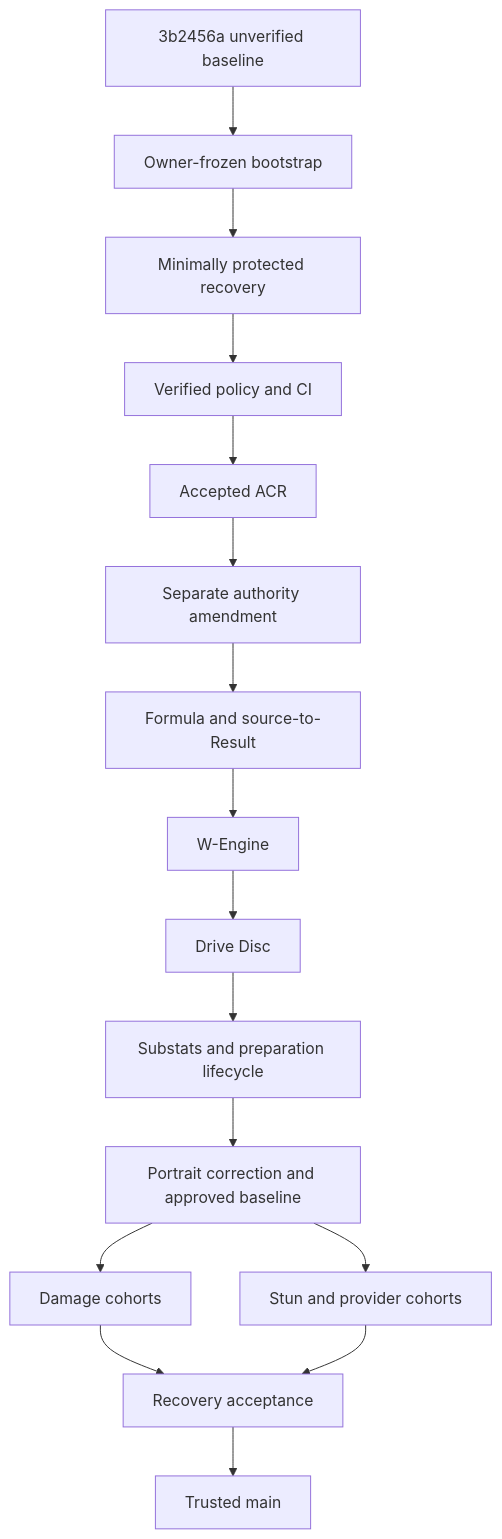
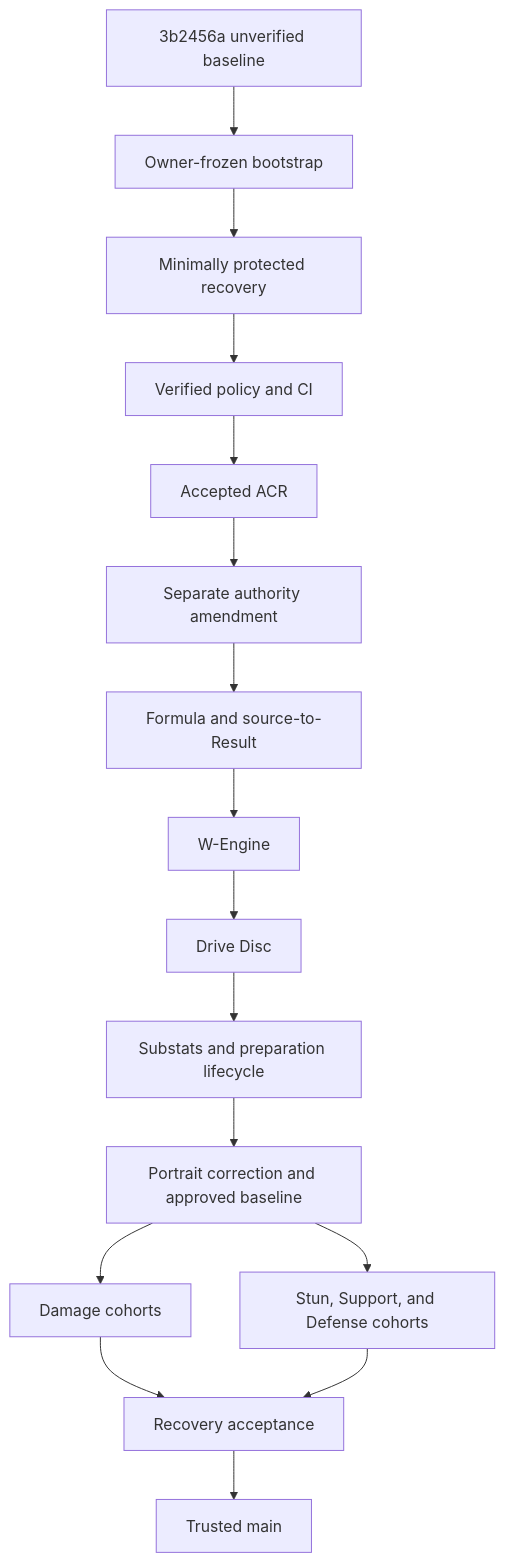
Before and after one commit to MDYHW/zzz-workbench: the first of 2 diagrams in docs/plans/2026-08-15-003-fix-authority-governance-recovery-plan.md, drawn with Mermaid. The commit also changed other lines of this file and 1 other file, not shown here.

````diff
--- a/docs/plans/2026-08-15-003-fix-authority-governance-recovery-plan.md
+++ b/docs/plans/2026-08-15-003-fix-authority-governance-recovery-plan.md
@@ -267,18 +267,18 @@
 ```mermaid
 flowchart TB
   B["3b2456a unverified baseline"] --> G["Owner-frozen bootstrap"]
   G --> P0["Minimally protected recovery"]
   P0 --> P1["Verified policy and CI"]
   P1 --> ACR["Accepted ACR"]
   ACR --> A["Separate authority amendment"]
   A --> M1["Formula and source-to-Result"]
   M1 --> M2["W-Engine"]
   M2 --> M3["Drive Disc"]
   M3 --> M4["Substats and preparation lifecycle"]
   M4 --> V["Portrait correction and approved baseline"]
   V --> C1["Damage cohorts"]
-  V --> C2["Stun and provider cohorts"]
+  V --> C2["Stun, Support, and Defense cohorts"]
   C1 --> P["Recovery acceptance"]
   C2 --> P
   P --> T["Trusted main"]
 ```
````
